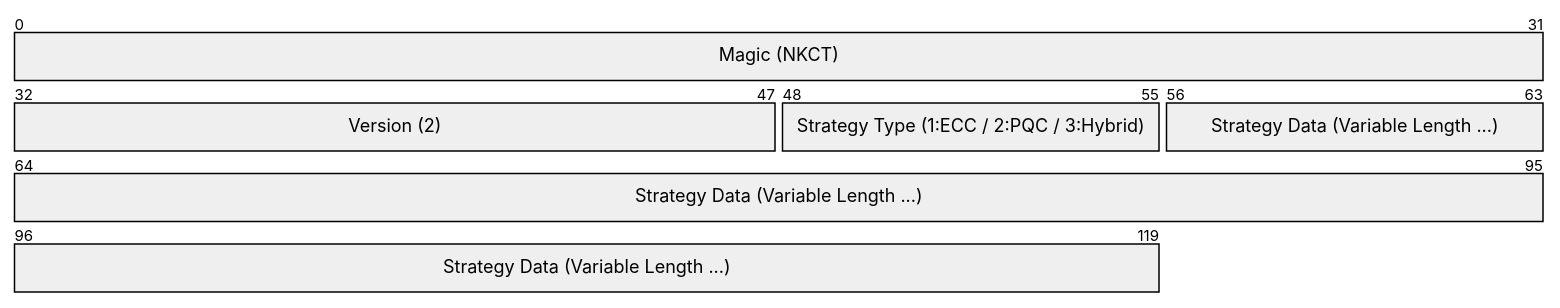
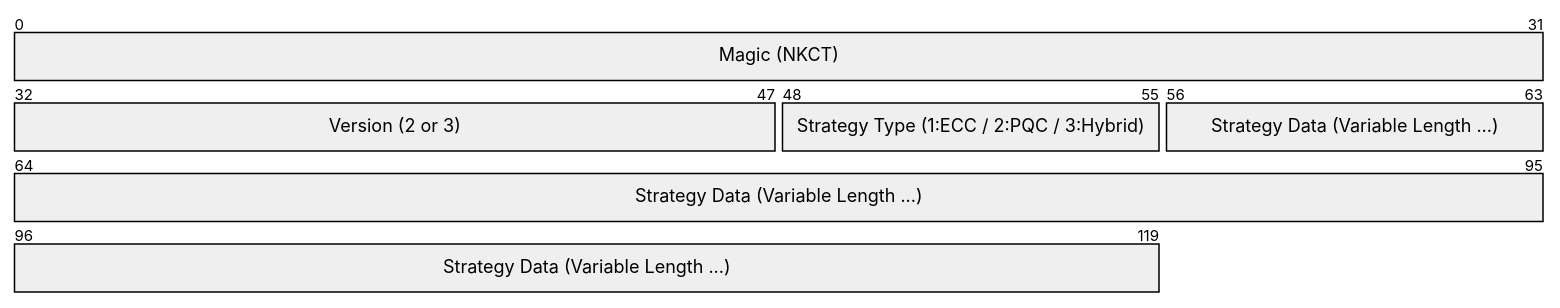
Before and after one commit to nkoriyama/nkCryptoTool-rust: the tenth of 11 diagrams in README.md, drawn with Mermaid. The commit also changed other lines of this file, not shown here.

````diff
--- a/README.md
+++ b/README.md
@@ -574,7 +608,7 @@
 ```mermaid
 packet-beta
 0-31: "Magic (NKCT)"
-32-47: "Version (2)"
+32-47: "Version (2 or 3)"
 48-55: "Strategy Type (1:ECC / 2:PQC / 3:Hybrid)"
 56-119: "Strategy Data (Variable Length ...)"
 ```
````
